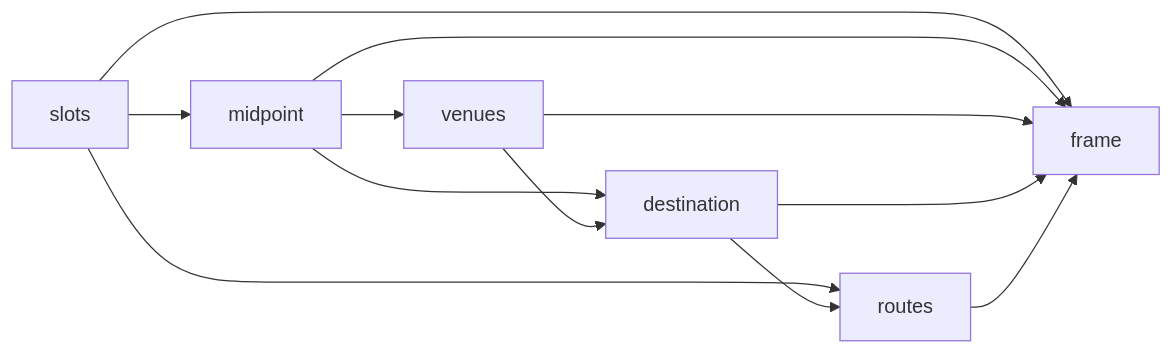
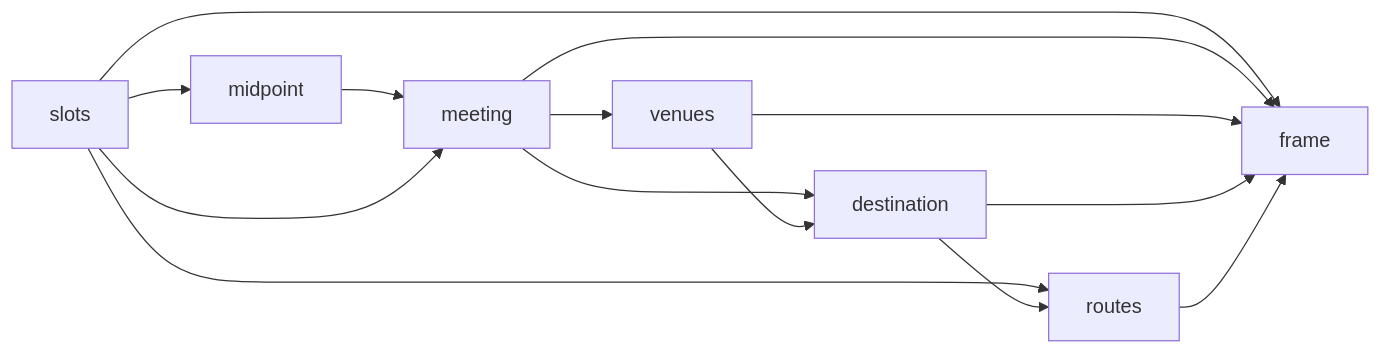
One commit to Zeevmala/meet-me-halfway changed the second of 2 diagrams in README.md. Above: the diagram before and after it, drawn with Mermaid. The commit also changed other lines of this file and 52 other files, not shown here.

````diff
--- a/README.md
+++ b/README.md
@@ -80,14 +80,16 @@
 ```mermaid
 graph LR
-    S[slots] --> M[midpoint]
+    S[slots] --> C[midpoint]
+    C --> M[meeting]
+    S --> M
     M --> V[venues]
     M --> D[destination]
     V --> D
     S --> R[routes]
     D --> R
     S --> F[frame]
     M --> F
     V --> F
     D --> F
     R --> F
 ```
````
